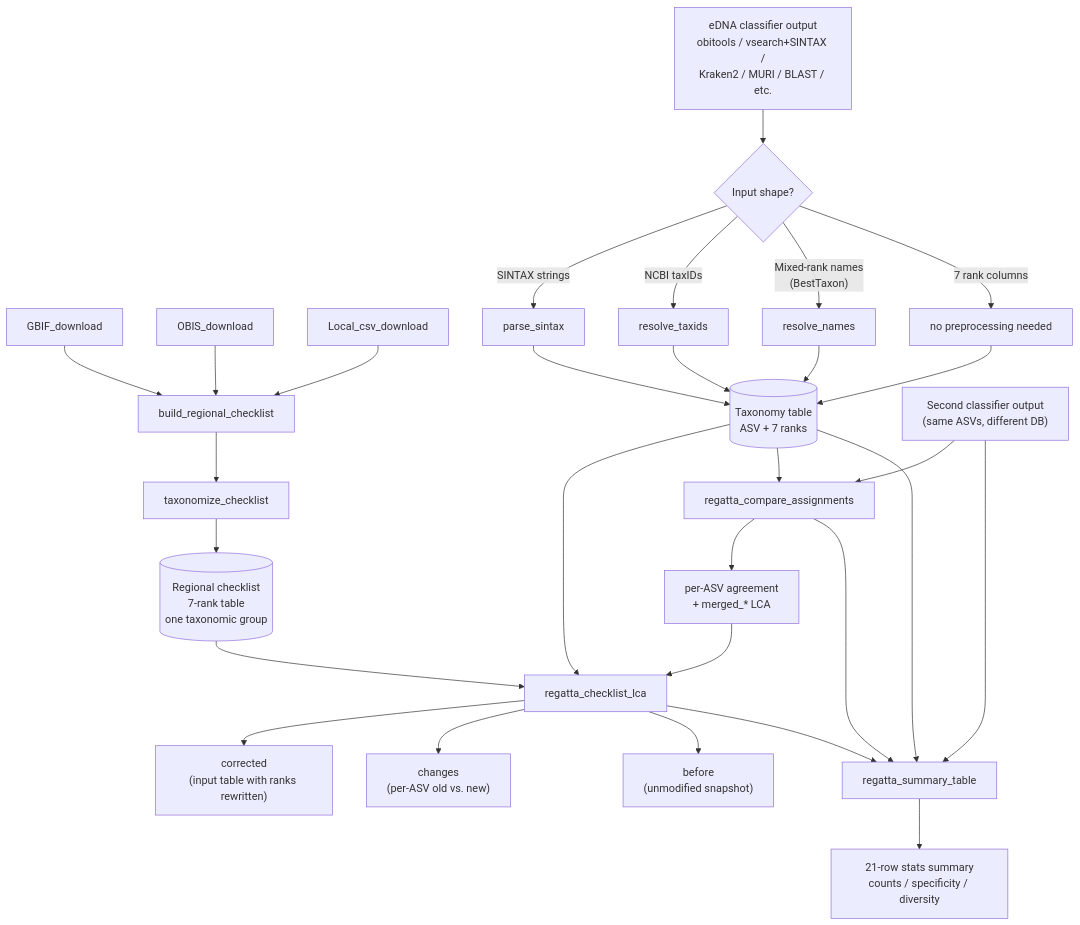
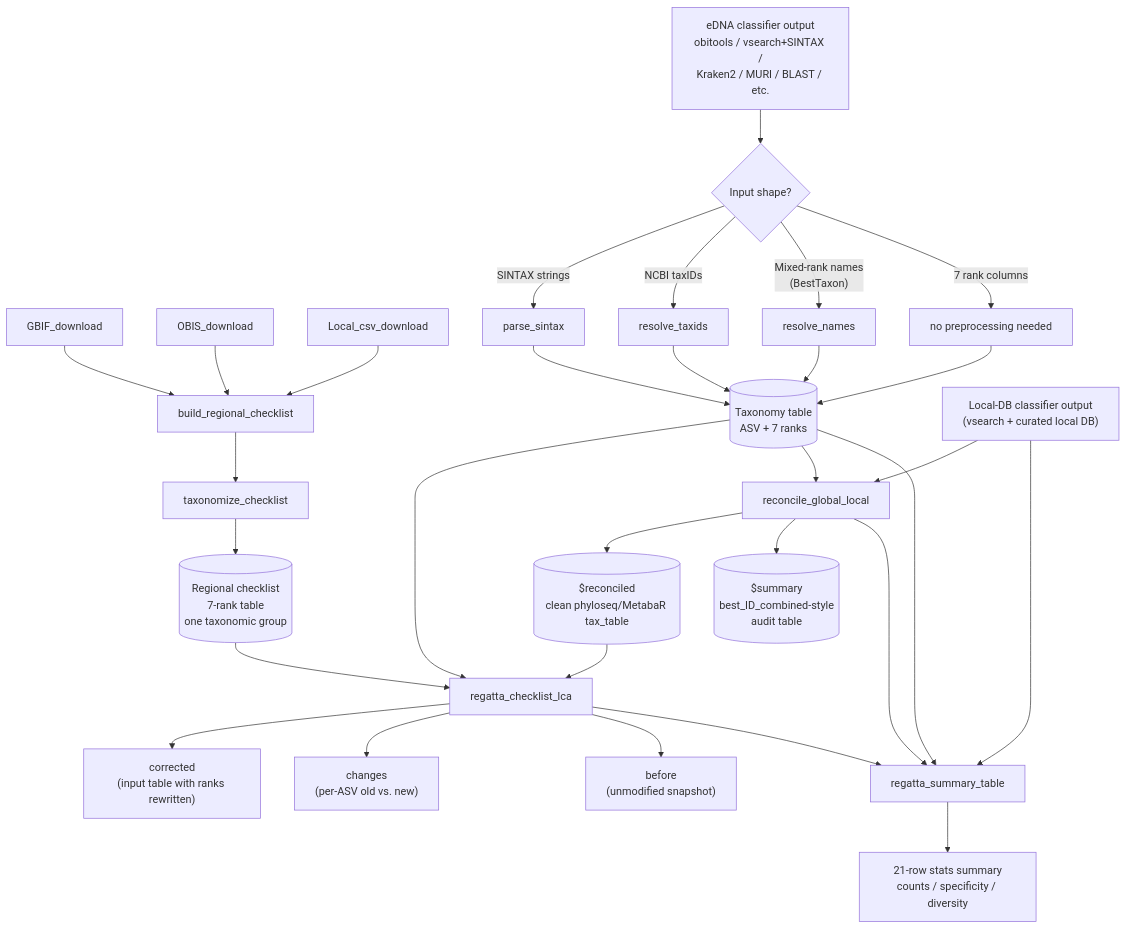
Before and after one commit to EWisely/REGATTA: the diagram in README.md, drawn with Mermaid. The commit also changed other lines of this file and 6 other files, not shown here.

````diff
--- a/README.md
+++ b/README.md
@@ -58,35 +58,36 @@
 ```mermaid
 flowchart TD
     A[GBIF_download] --> D[build_regional_checklist]
     B[OBIS_download] --> D
     C[Local_csv_download] --> D
     D --> E[taxonomize_checklist]
     E --> F[("Regional checklist<br/>7-rank table<br/>one taxonomic group")]
 
     G["eDNA classifier output<br/>obitools / vsearch+SINTAX /<br/>Kraken2 / MURI / BLAST / etc."] --> H{Input shape?}
     H -->|SINTAX strings| I[parse_sintax]
     H -->|NCBI taxIDs| J[resolve_taxids]
     H -->|"Mixed-rank names<br/>(BestTaxon)"| N1[resolve_names]
     H -->|7 rank columns| K[no preprocessing needed]
     I --> L[("Taxonomy table<br/>ASV + 7 ranks")]
     J --> L
     N1 --> L
     K --> L
 
     F --> M[regatta_checklist_lca]
     L --> M
     M --> N["corrected<br/>(input table with ranks rewritten)"]
     M --> O["changes<br/>(per-ASV old vs. new)"]
     M --> P["before<br/>(unmodified snapshot)"]
 
-    L2["Second classifier output<br/>(same ASVs, different DB)"] --> Q[regatta_compare_assignments]
+    L2["Local-DB classifier output<br/>(vsearch + curated local DB)"] --> Q[reconcile_global_local]
     L --> Q
-    Q --> R["per-ASV agreement<br/>+ merged_* LCA"]
-    R --> M
+    Q --> R1[("$reconciled<br/>clean phyloseq/MetabaR tax_table")]
+    Q --> R2[("$summary<br/>best_ID_combined-style<br/>audit table")]
+    R1 --> M
 
     M --> S[regatta_summary_table]
     L --> S
     L2 --> S
     Q --> S
     S --> T["21-row stats summary<br/>counts / specificity / diversity"]
 ```
````
